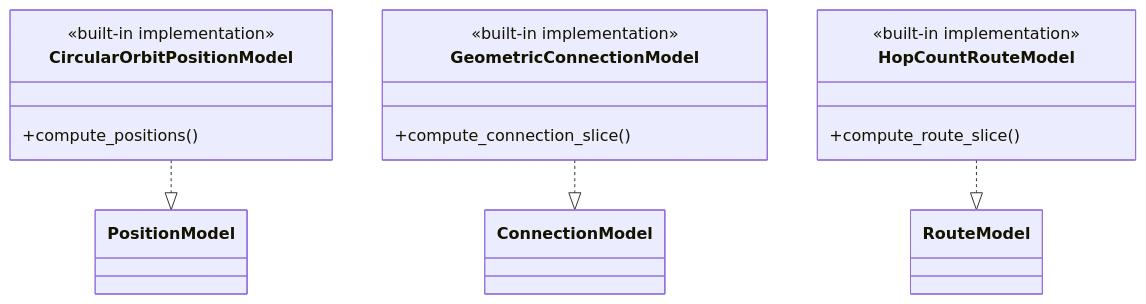
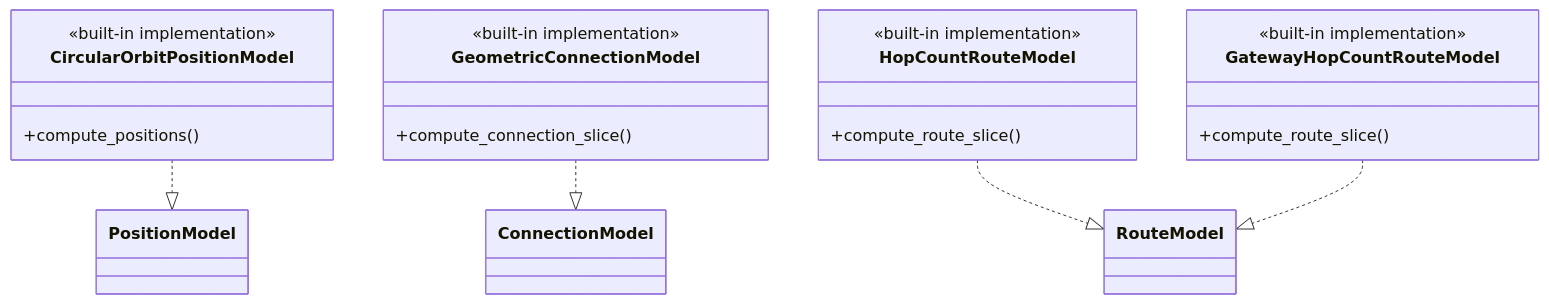
Before and after one commit to seed-labs/skyseed: diagram 12 of 12 in skyseed_v2/docs/human-readable/object-model.md, drawn with Mermaid. The commit also changed other lines of this file and 124 other files, not shown here.

````diff
--- a/skyseed_v2/docs/human-readable/object-model.md
+++ b/skyseed_v2/docs/human-readable/object-model.md
@@ -396,22 +402,27 @@
 ```mermaid
 classDiagram
     class PositionModel
     class ConnectionModel
     class RouteModel
     class CircularOrbitPositionModel {
         <<built-in implementation>>
         +compute_positions()
     }
     class GeometricConnectionModel {
         <<built-in implementation>>
         +compute_connection_slice()
     }
     class HopCountRouteModel {
         <<built-in implementation>>
         +compute_route_slice()
     }
+    class GatewayHopCountRouteModel {
+        <<built-in implementation>>
+        +compute_route_slice()
+    }
 
     CircularOrbitPositionModel ..|> PositionModel
     GeometricConnectionModel ..|> ConnectionModel
     HopCountRouteModel ..|> RouteModel
+    GatewayHopCountRouteModel ..|> RouteModel
 ```
````
